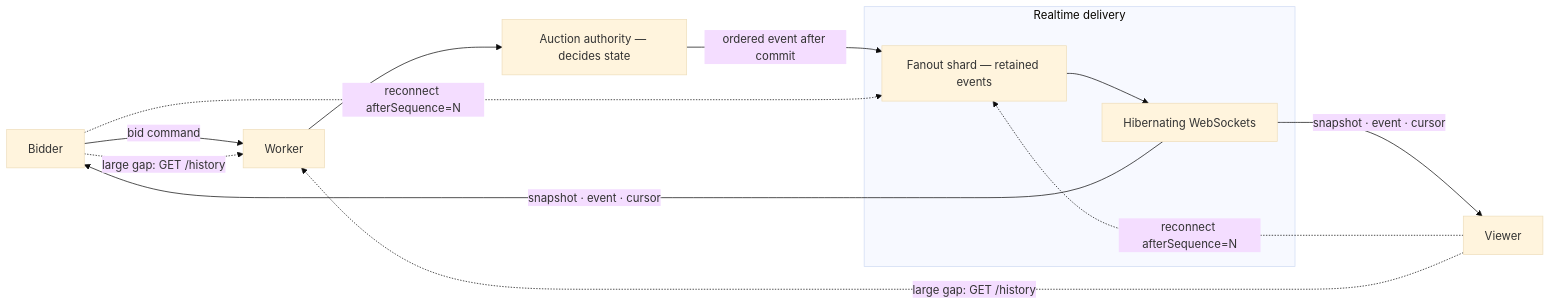
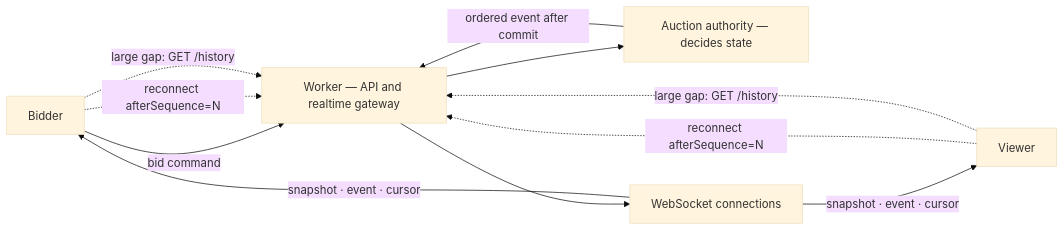
Before and after one commit to aranlucas/live-auction: the fourth of 12 diagrams in SYSTEM_DESIGN.md, drawn with Mermaid (base theme). The commit also changed other lines of this file and 8 other files, not shown here.

````diff
--- a/SYSTEM_DESIGN.md
+++ b/SYSTEM_DESIGN.md
@@ -225,22 +226,18 @@
 ```mermaid
 flowchart LR
     Bidder[Bidder]
     Viewer[Viewer]
-    Worker[Worker]
+    Worker["Worker — API and realtime gateway"]
     Auction["Auction authority — decides state"]
-
-    subgraph Fanout[Realtime delivery]
-        Shard["Fanout shard — retained events"]
-        Sockets[Hibernating WebSockets]
-        Shard --> Sockets
-    end
+    Sockets[WebSocket connections]
 
     Bidder -->|bid command| Worker --> Auction
-    Auction -->|ordered event after commit| Shard
+    Auction -->|ordered event after commit| Worker
+    Worker --> Sockets
     Sockets -->|snapshot · event · cursor| Bidder
     Sockets -->|snapshot · event · cursor| Viewer
-    Bidder -.->|"reconnect afterSequence=N"| Shard
-    Viewer -.->|"reconnect afterSequence=N"| Shard
+    Bidder -.->|"reconnect afterSequence=N"| Worker
+    Viewer -.->|"reconnect afterSequence=N"| Worker
     Bidder -.->|"large gap: GET /history"| Worker
     Viewer -.->|"large gap: GET /history"| Worker
 ```
````
